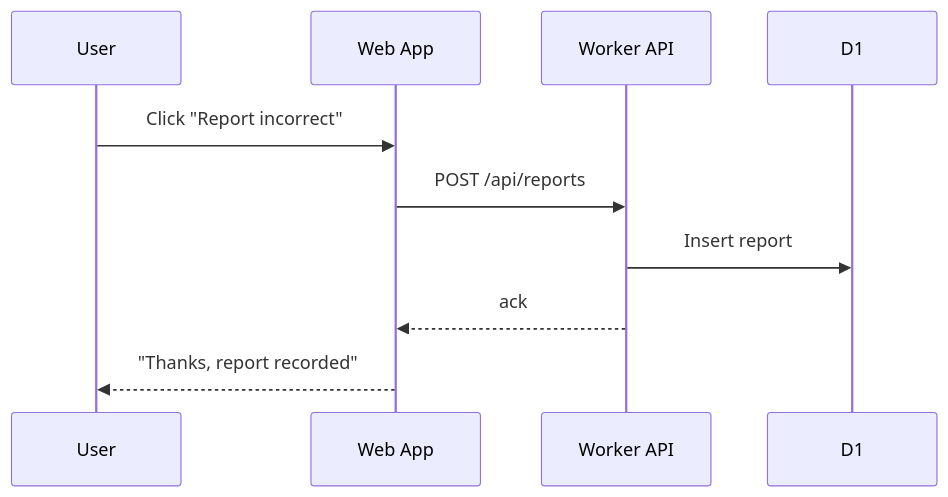
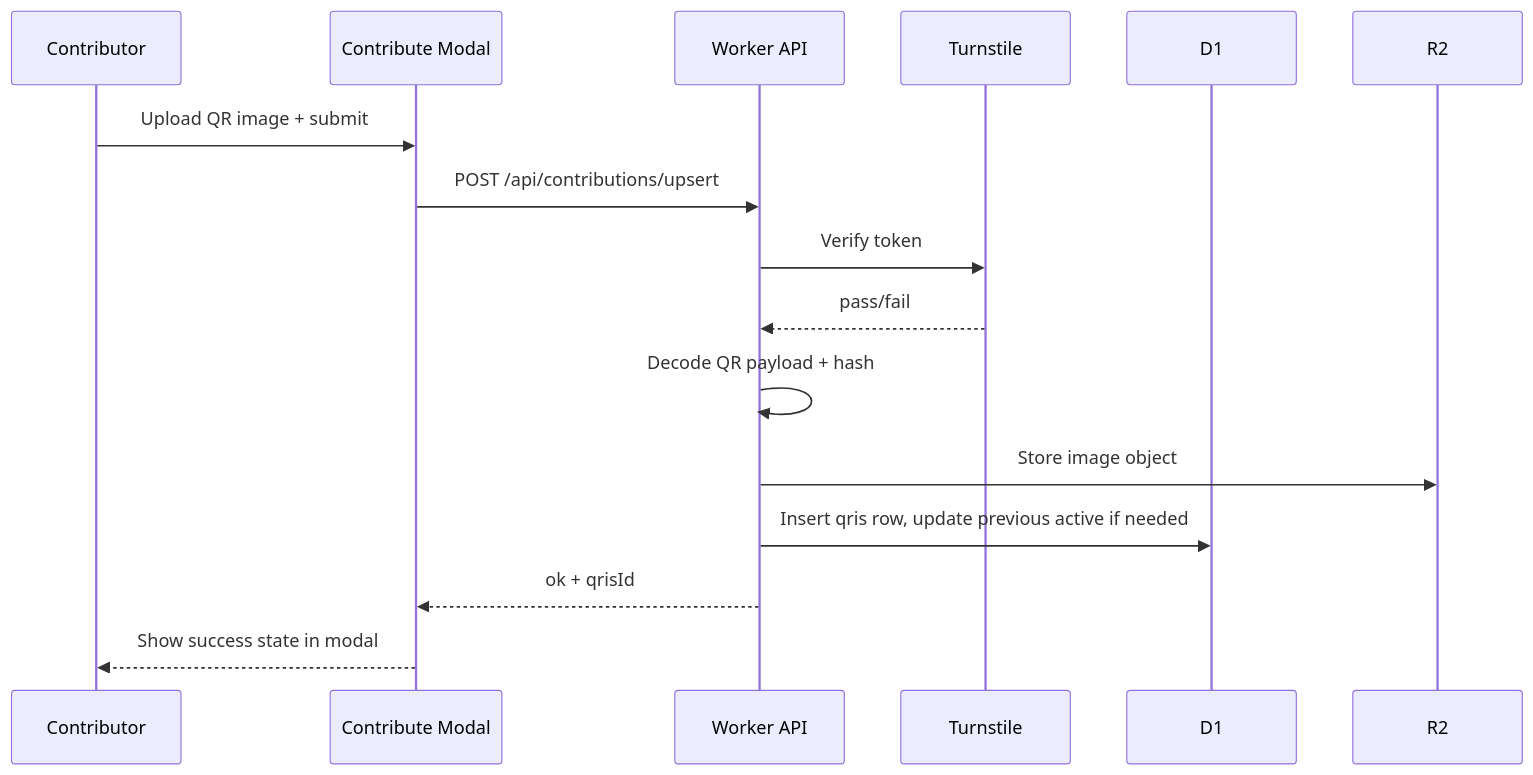
One commit to radjathaher/qris-masjid changed the fifth of 5 diagrams in docs/spec.md. Above: the diagram before and after it, drawn with Mermaid. The commit also changed other lines of this file and 54 other files, not shown here.

Commit message:
feat: scaffold cloudflare mvp with fsd layout and modal map flow

````diff
--- a/docs/spec.md
+++ b/docs/spec.md
@@ -251,13 +278,19 @@
 ```mermaid
 sequenceDiagram
-  participant U as User
-  participant FE as Web App
+  participant U as Contributor
+  participant FE as Contribute Modal
   participant API as Worker API
+  participant TS as Turnstile
   participant D1 as D1
+  participant R2 as R2
 
-  U->>FE: Click "Report incorrect"
-  FE->>API: POST /api/reports
-  API->>D1: Insert report
-  API-->>FE: ack
-  FE-->>U: "Thanks, report recorded"
+  U->>FE: Upload QR image + submit
+  FE->>API: POST /api/contributions/upsert
+  API->>TS: Verify token
+  TS-->>API: pass/fail
+  API->>API: Decode QR payload + hash
+  API->>R2: Store image object
+  API->>D1: Insert qris row, update previous active if needed
+  API-->>FE: ok + qrisId
+  FE-->>U: Show success state in modal
 ```
````
